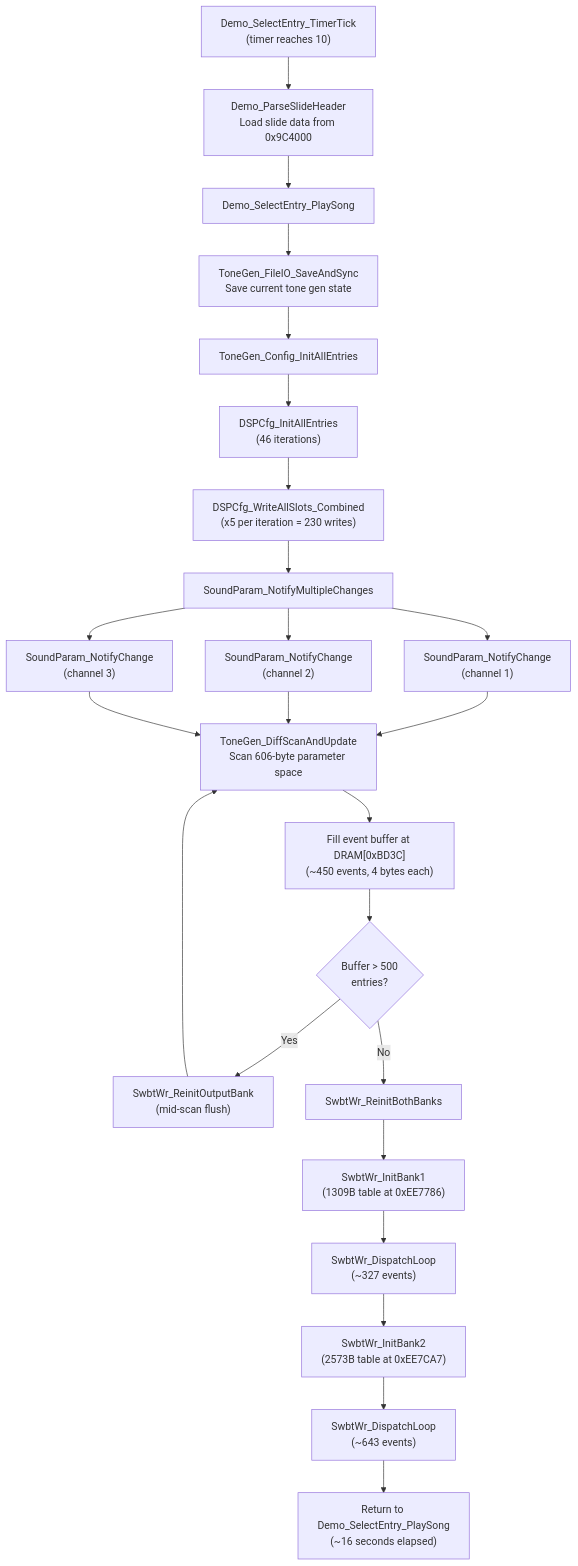
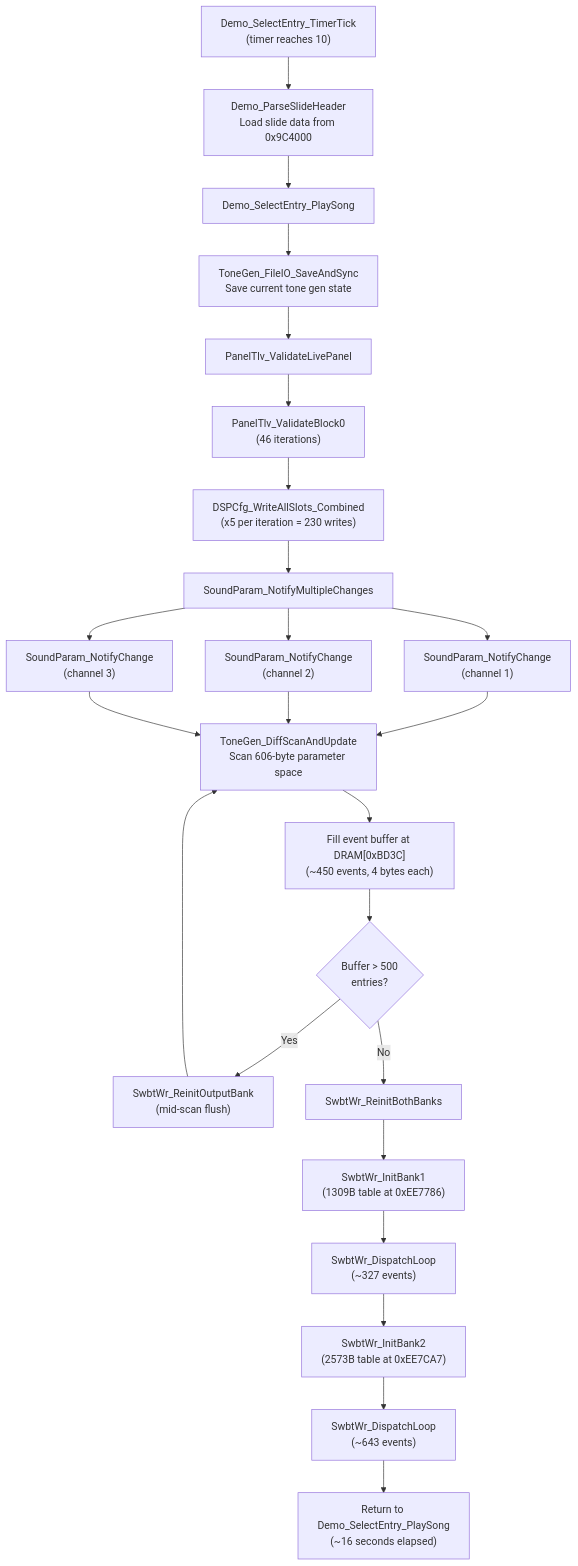
Before and after one commit to ArqueologiaDigital/technics-docs: the second of 4 diagrams in swbwr-tone-init.md, drawn with Mermaid. The commit also changed other lines of this file and 1 other file, not shown here.

Commit message:
panel-memory-factory-data: the firmware's own schema -- layout tables and field rules; swbwr-tone-init: PanelTlv_* names
The program ROM holds the panel TLV stream's layout (0xED8FE0 / 0xED91AC, 46 + 30
records of {offset, -> rules, tag, len}) and 32 field-rule lists (0xED8ADA); the
nine rule types are read from PanelTlv_ApplyFieldRule's cases.  Consequences for
the chunks on this page: tag 0x78's name bytes 0x20..0x7D (byte 13 checked twice,
14 never), the bass part's default sound 40, the drum parts' accepted 0..167 and
240..255, tag 0x48 byte 0, and the 22 block-1 records that validation zeroes.
Routine names follow kn5000-roms-disasm 127f9f3e4 (rename_panel_tlv_schema.sed).

Claude-Session: https://claude.ai/code/session_01NFZBMYoHNqAMw8UFJN5Ghb

````diff
--- a/swbwr-tone-init.md
+++ b/swbwr-tone-init.md
@@ -241,31 +241,31 @@
 ```mermaid
 flowchart TD
     TICK["Demo_SelectEntry_TimerTick<br/>(timer reaches 10)"] --> PARSE["Demo_ParseSlideHeader<br/>Load slide data from 0x9C4000"]
     PARSE --> PLAY["Demo_SelectEntry_PlaySong"]
 
     PLAY --> SAVE["ToneGen_FileIO_SaveAndSync<br/>Save current tone gen state"]
-    SAVE --> INIT["ToneGen_Config_InitAllEntries"]
-    INIT --> DSP["DSPCfg_InitAllEntries<br/>(46 iterations)"]
+    SAVE --> INIT["PanelTlv_ValidateLivePanel"]
+    INIT --> DSP["PanelTlv_ValidateBlock0<br/>(46 iterations)"]
     DSP --> SLOTS["DSPCfg_WriteAllSlots_Combined<br/>(x5 per iteration = 230 writes)"]
     SLOTS --> NOTIFY["SoundParam_NotifyMultipleChanges"]
 
     NOTIFY --> CH1["SoundParam_NotifyChange<br/>(channel 1)"]
     NOTIFY --> CH2["SoundParam_NotifyChange<br/>(channel 2)"]
     NOTIFY --> CH3["SoundParam_NotifyChange<br/>(channel 3)"]
 
     CH1 --> DIFF["ToneGen_DiffScanAndUpdate<br/>Scan 606-byte parameter space"]
     CH2 --> DIFF
     CH3 --> DIFF
 
     DIFF --> FILL["Fill event buffer at DRAM[0xBD3C]<br/>(~450 events, 4 bytes each)"]
     FILL --> FLUSH{"Buffer > 500<br/>entries?"}
     FLUSH -- "Yes" --> MIDFLUSH["SwbtWr_ReinitOutputBank<br/>(mid-scan flush)"]
     MIDFLUSH --> DIFF
     FLUSH -- "No" --> SWBT["SwbtWr_ReinitBothBanks"]
 
     SWBT --> B1["SwbtWr_InitBank1<br/>(1309B table at 0xEE7786)"]
     B1 --> LOOP1["SwbtWr_DispatchLoop<br/>(~327 events)"]
     LOOP1 --> B2["SwbtWr_InitBank2<br/>(2573B table at 0xEE7CA7)"]
     B2 --> LOOP2["SwbtWr_DispatchLoop<br/>(~643 events)"]
     LOOP2 --> DONE["Return to Demo_SelectEntry_PlaySong<br/>(~16 seconds elapsed)"]
 ```
````
